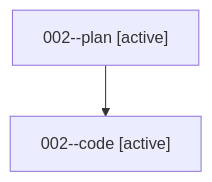
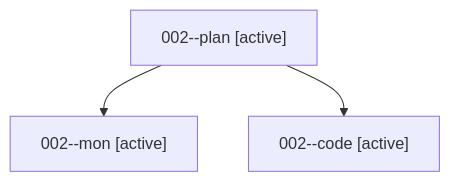
The diagram in families/bbugyi200.athena.002.md (sase-org/sase--agents), drawn with Mermaid before and after one commit. The commit also changed other lines of this file and 13 other files, not shown here.

````diff
--- a/families/bbugyi200.athena.002.md
+++ b/families/bbugyi200.athena.002.md
@@ -9,6 +9,8 @@
 ```mermaid
 flowchart TD
   n0["002--plan [active]"]
-  n1["002--code [active]"]
+  n1["002--mon [active]"]
   n0 --> n1
+  n2["002--code [active]"]
+  n0 --> n2
 ```
````
